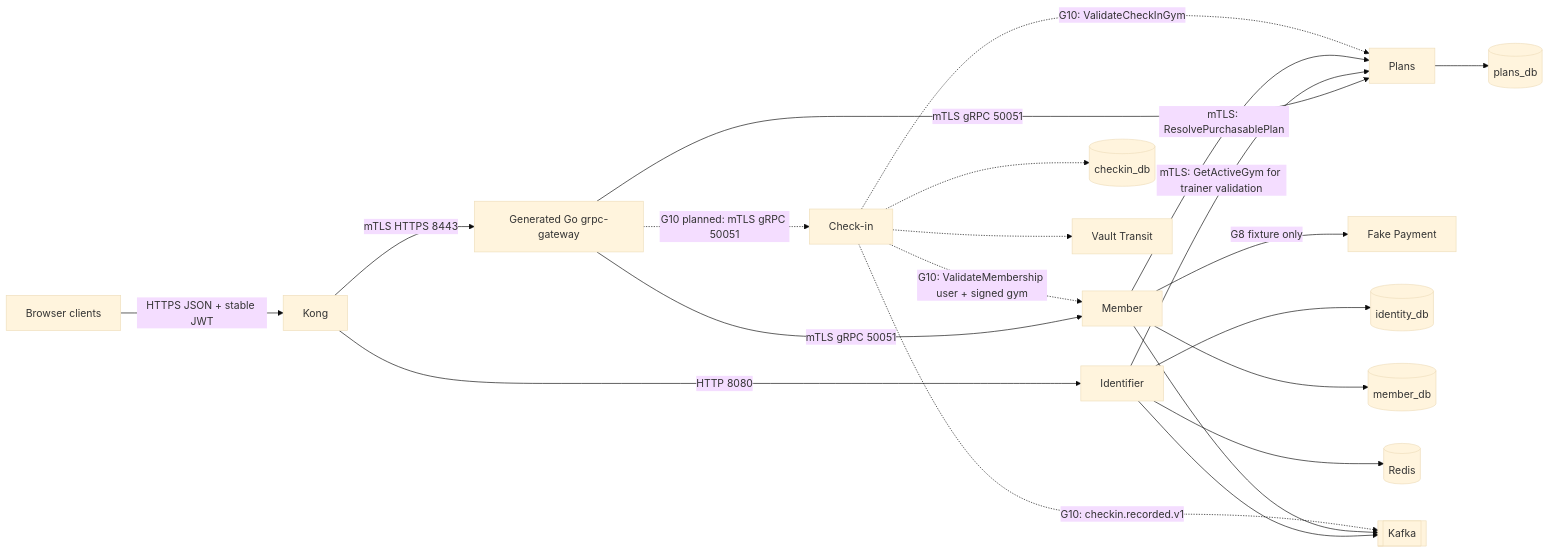
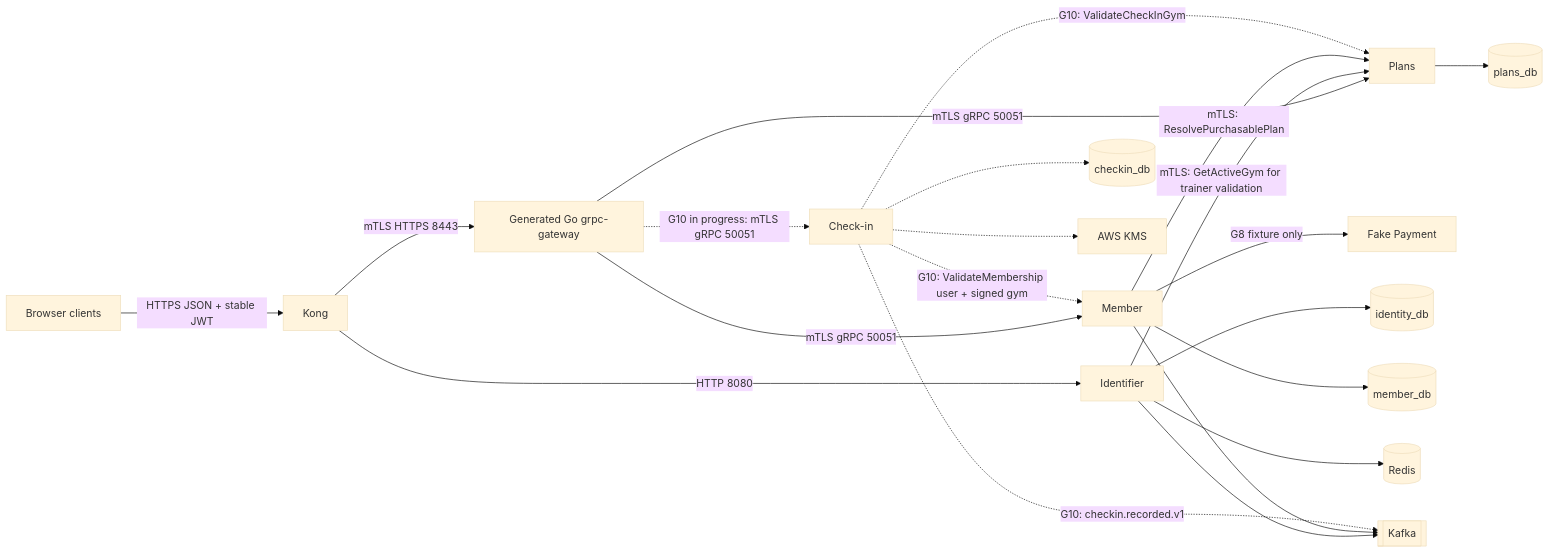
One commit to pploc/gym-architect changed the first of 2 diagrams in architecture/00-overview.md. Above: the diagram before and after it, drawn with Mermaid (base theme). The commit also changed other lines of this file and 10 other files, not shown here.

````diff
--- a/architecture/00-overview.md
+++ b/architecture/00-overview.md
@@ -38,25 +38,25 @@
 ```mermaid
 flowchart LR
     Client[Browser clients] -->|HTTPS JSON + stable JWT| Kong[Kong]
     Kong -->|HTTP 8080| ID[Identifier]
     Kong -->|mTLS HTTPS 8443| GW[Generated Go grpc-gateway]
     GW -->|mTLS gRPC 50051| MB[Member]
     GW -->|mTLS gRPC 50051| PL[Plans]
-    GW -.->|G10 planned: mTLS gRPC 50051| CI[Check-in]
+    GW -.->|G10 in progress: mTLS gRPC 50051| CI[Check-in]
 
     ID -->|mTLS: GetActiveGym for trainer validation| PL
     MB -->|mTLS: ResolvePurchasablePlan| PL
     CI -.->|G10: ValidateMembership user + signed gym| MB
     CI -.->|G10: ValidateCheckInGym| PL
     MB -->|G8 fixture only| FP[Fake Payment]
 
     ID --> IDDB[(identity_db)]
     MB --> MBDB[(member_db)]
     PL --> PLDB[(plans_db)]
     CI -.-> CIDB[(checkin_db)]
-    CI -.-> Vault[Vault Transit]
+    CI -.-> KMS[AWS KMS]
     ID --> Redis[(Redis)]
     ID --> Kafka[[Kafka]]
     MB --> Kafka
     CI -.->|G10: checkin.recorded.v1| Kafka
 ```
````
